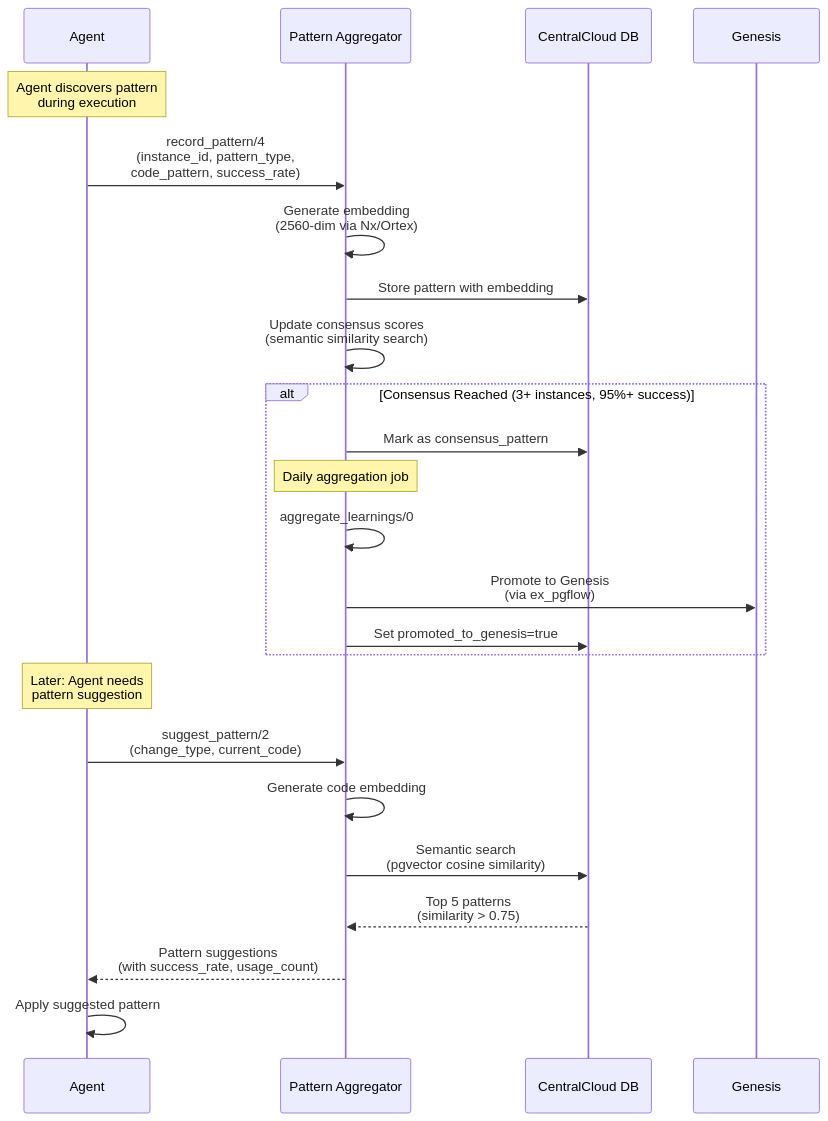
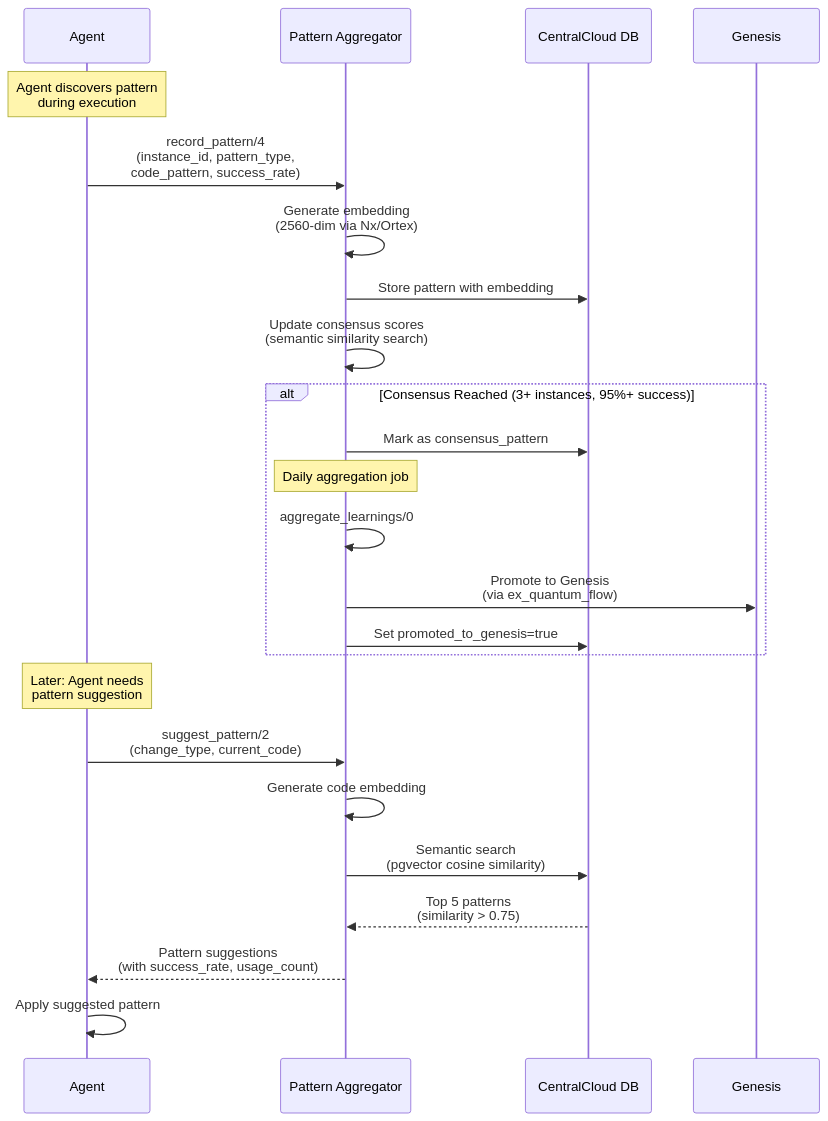
The second of 6 diagrams in CENTRAL_EVOLUTION_DECISION_TREE.md (mikkihugo/ex_llm), drawn with Mermaid before and after one commit. The commit also changed other lines of this file and 289 other files, not shown here.

First line of the commit message:
Rename ex_pgflow package to ex_quantum_flow

````diff
--- a/CENTRAL_EVOLUTION_DECISION_TREE.md
+++ b/CENTRAL_EVOLUTION_DECISION_TREE.md
@@ -64,34 +64,34 @@
 ```mermaid
 sequenceDiagram
     participant A as Agent
     participant PA as Pattern Aggregator
     participant DB as CentralCloud DB
     participant G as Genesis
 
     Note over A: Agent discovers pattern<br/>during execution
 
     A->>PA: record_pattern/4<br/>(instance_id, pattern_type,<br/>code_pattern, success_rate)
 
     PA->>PA: Generate embedding<br/>(2560-dim via Nx/Ortex)
     PA->>DB: Store pattern with embedding
 
     PA->>PA: Update consensus scores<br/>(semantic similarity search)
 
     alt Consensus Reached (3+ instances, 95%+ success)
         PA->>DB: Mark as consensus_pattern
         Note over PA: Daily aggregation job
         PA->>PA: aggregate_learnings/0
-        PA->>G: Promote to Genesis<br/>(via ex_pgflow)
+        PA->>G: Promote to Genesis<br/>(via ex_quantum_flow)
         PA->>DB: Set promoted_to_genesis=true
     end
 
     Note over A: Later: Agent needs<br/>pattern suggestion
 
     A->>PA: suggest_pattern/2<br/>(change_type, current_code)
     PA->>PA: Generate code embedding
     PA->>DB: Semantic search<br/>(pgvector cosine similarity)
     DB-->>PA: Top 5 patterns<br/>(similarity > 0.75)
     PA-->>A: Pattern suggestions<br/>(with success_rate, usage_count)
 
     A->>A: Apply suggested pattern
 ```
````
